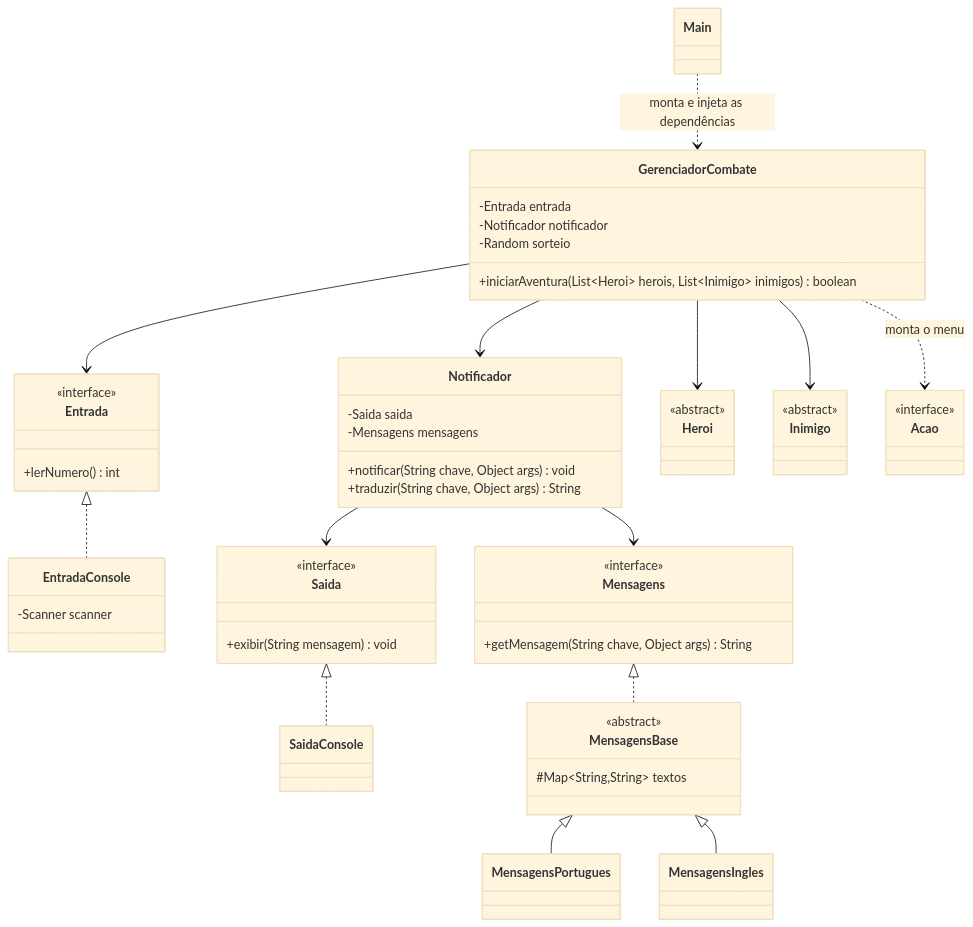
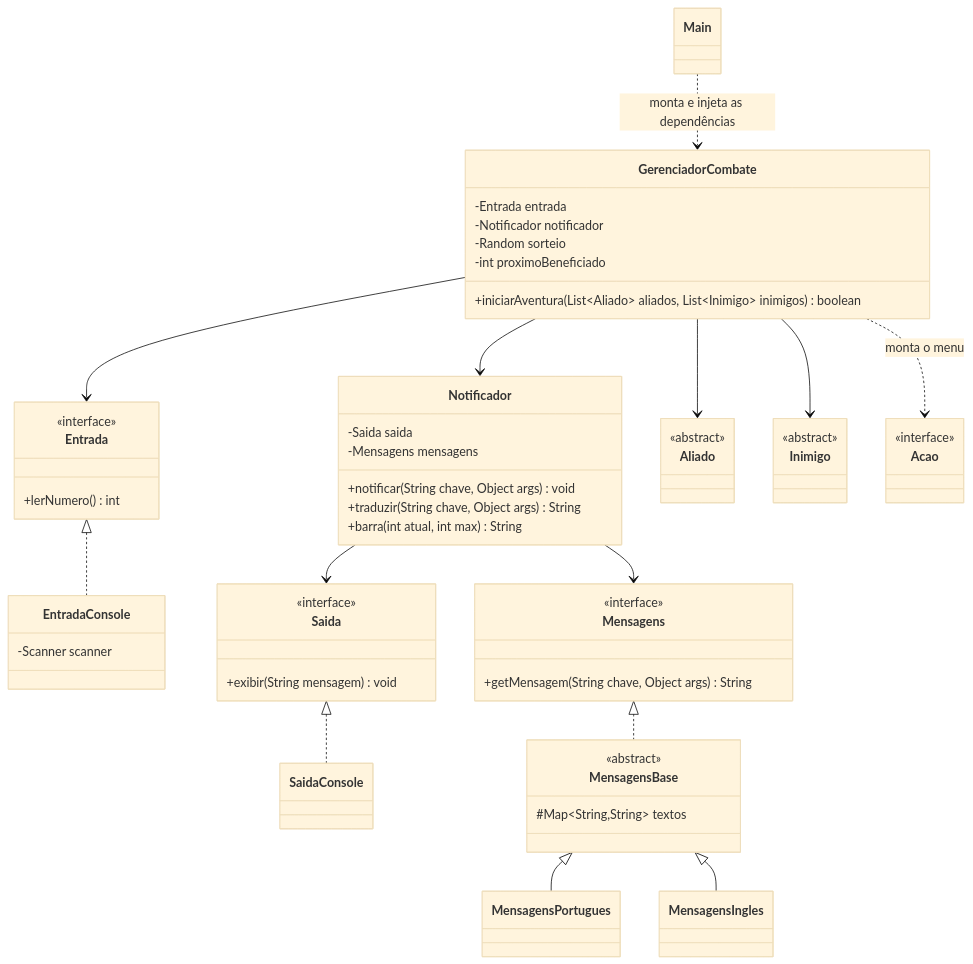
One commit to KauaQueirz/meu-rpg-solid changed the third of 3 diagrams in README.md. Above: the diagram before and after it, drawn with Mermaid (base theme). The commit also changed other lines of this file and 36 other files, not shown here.

````diff
--- a/README.md
+++ b/README.md
@@ -236,61 +294,63 @@
 ```mermaid
 classDiagram
     class GerenciadorCombate {
         -Entrada entrada
         -Notificador notificador
         -Random sorteio
-        +iniciarAventura(List~Heroi~ herois, List~Inimigo~ inimigos) boolean
+        -int proximoBeneficiado
+        +iniciarAventura(List~Aliado~ aliados, List~Inimigo~ inimigos) boolean
     }
     class Notificador {
         -Saida saida
         -Mensagens mensagens
         +notificar(String chave, Object args) void
         +traduzir(String chave, Object args) String
+        +barra(int atual, int max) String
     }
     class Entrada {
         <<interface>>
         +lerNumero() int
     }
     class EntradaConsole {
         -Scanner scanner
     }
     class Saida {
         <<interface>>
         +exibir(String mensagem) void
     }
     class SaidaConsole
     class Mensagens {
         <<interface>>
         +getMensagem(String chave, Object args) String
     }
     class MensagensBase {
         <<abstract>>
         #Map~String,String~ textos
     }
     class MensagensPortugues
     class MensagensIngles
-    class Heroi {
+    class Aliado {
         <<abstract>>
     }
     class Inimigo {
         <<abstract>>
     }
     class Acao {
         <<interface>>
     }
     class Main
 
     Entrada <|.. EntradaConsole
     Saida <|.. SaidaConsole
     Mensagens <|.. MensagensBase
     MensagensBase <|-- MensagensPortugues
     MensagensBase <|-- MensagensIngles
     Notificador --> Saida
     Notificador --> Mensagens
     GerenciadorCombate --> Entrada
     GerenciadorCombate --> Notificador
-    GerenciadorCombate --> Heroi
+    GerenciadorCombate --> Aliado
     GerenciadorCombate --> Inimigo
     GerenciadorCombate ..> Acao : monta o menu
     Main ..> GerenciadorCombate : monta e injeta as dependências
 ```
````
